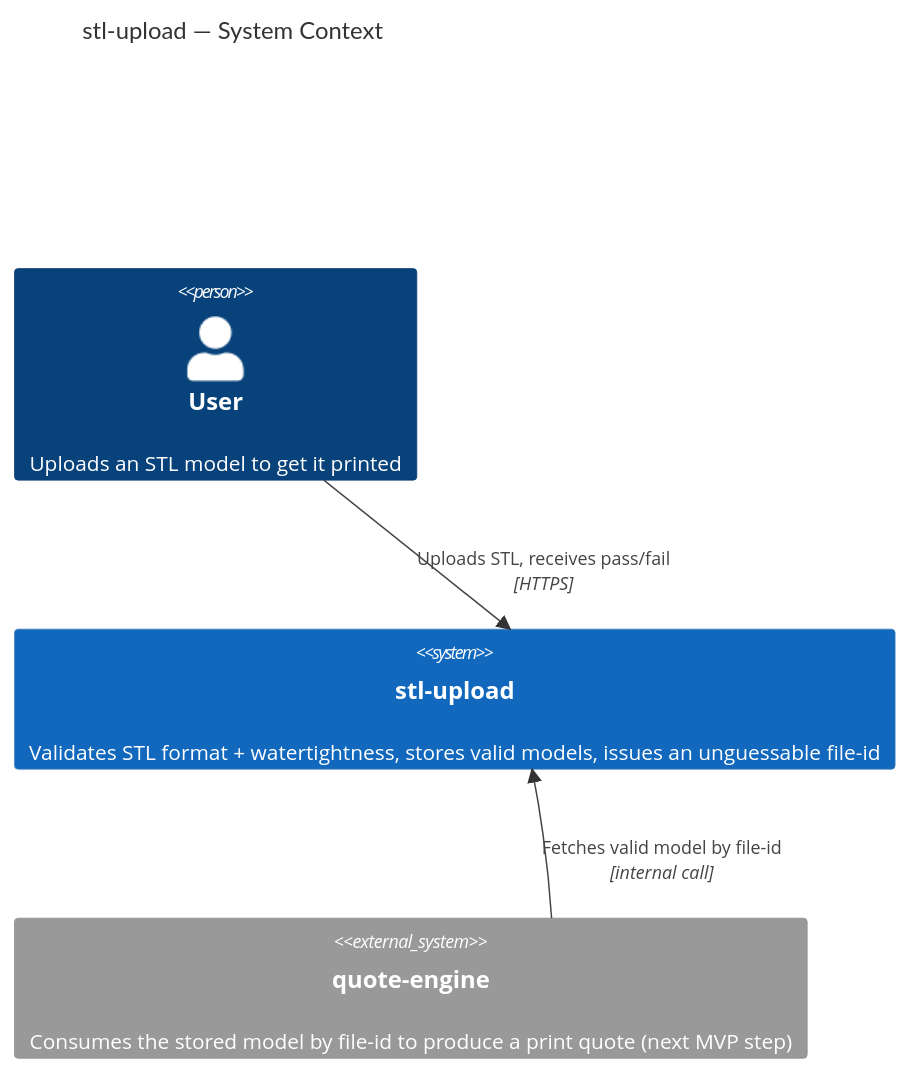
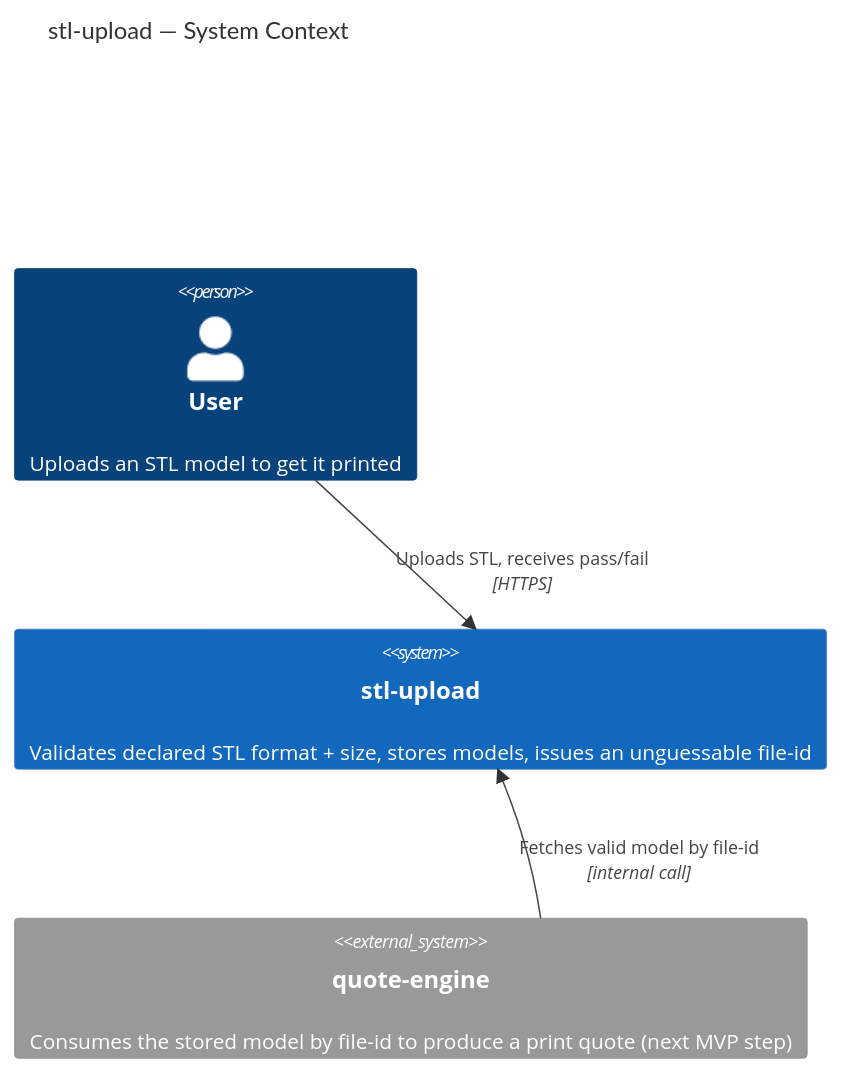
The first of 5 diagrams in docs/features/stl-upload/sad.md (yahacom/print-marketplace), drawn with Mermaid before and after one commit. The commit also changed other lines of this file and 25 other files, not shown here.

Commit message:
stl-upload task breakdown

````diff
--- a/docs/features/stl-upload/sad.md
+++ b/docs/features/stl-upload/sad.md
@@ -67,11 +67,11 @@
 ```mermaid
 C4Context
     title stl-upload — System Context
 
     Person(user, "User", "Uploads an STL model to get it printed")
-    System(stl_upload, "stl-upload", "Validates STL format + watertightness, stores valid models, issues an unguessable file-id")
+    System(stl_upload, "stl-upload", "Validates declared STL format + size, stores models, issues an unguessable file-id")
     System_Ext(quote_engine, "quote-engine", "Consumes the stored model by file-id to produce a print quote (next MVP step)")
 
     Rel(user, stl_upload, "Uploads STL, receives pass/fail", "HTTPS")
     Rel(quote_engine, stl_upload, "Fetches valid model by file-id", "internal call")
 ```
````
